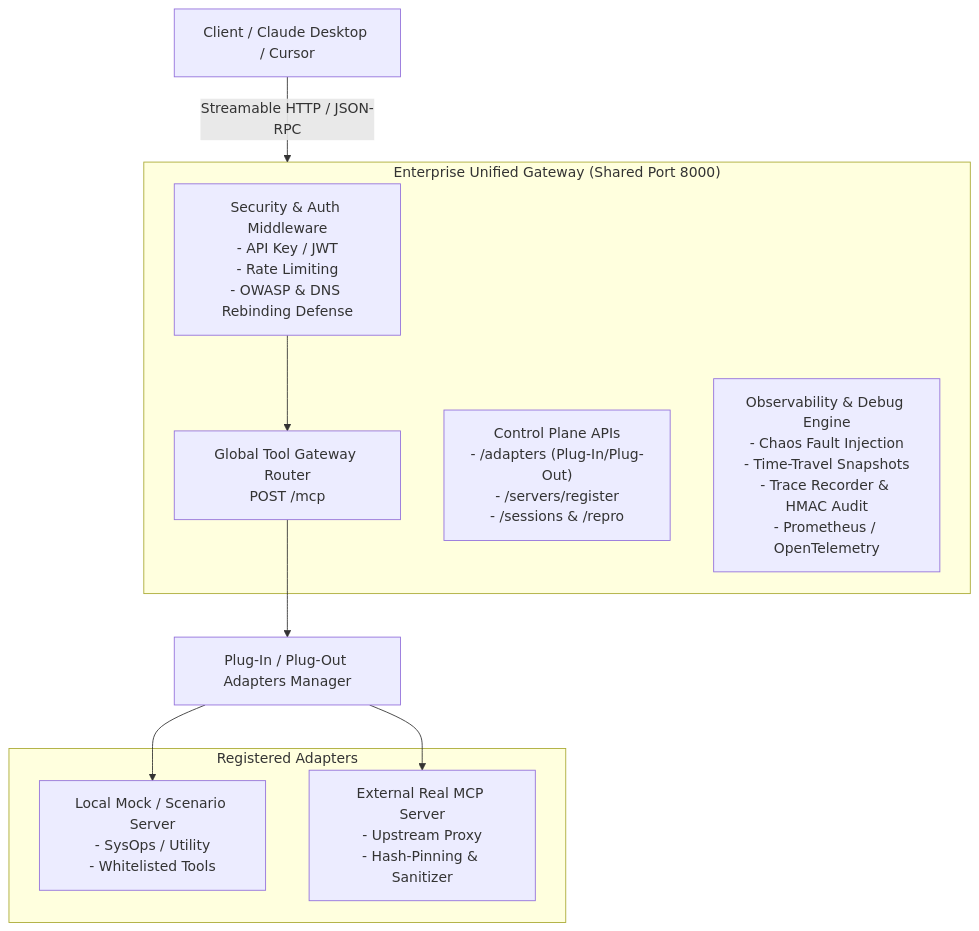
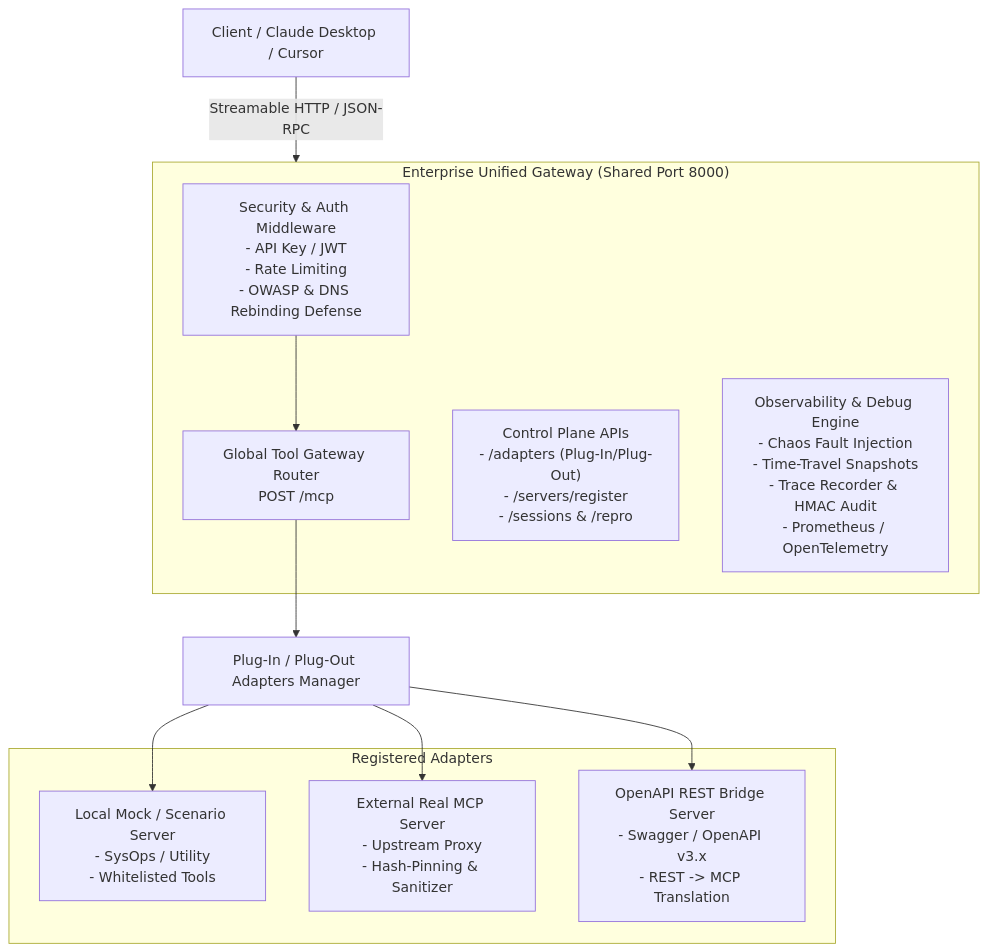
One commit to phonhay103/mcp-gateway changed the diagram in README.md. Above: the diagram before and after it, drawn with Mermaid. The commit also changed other lines of this file and 13 other files, not shown here.

First line of the commit message:
Add unit and integration tests for OpenAPI Bridge Adapter

````diff
--- a/README.md
+++ b/README.md
@@ -9,21 +9,23 @@
 ```mermaid
 graph TD
     Client[Client / Claude Desktop / Cursor] -->|Streamable HTTP / JSON-RPC| Gateway["Enterprise Unified Gateway (:8000)"]
 
     subgraph Gateway ["Enterprise Unified Gateway (Shared Port 8000)"]
         Sec["Security & Auth Middleware<br/>- API Key / JWT<br/>- Rate Limiting<br/>- OWASP & DNS Rebinding Defense"] --> Router
         Router["Global Tool Gateway Router<br/>POST /mcp"]
         CP["Control Plane APIs<br/>- /adapters (Plug-In/Plug-Out)<br/>- /servers/register<br/>- /sessions & /repro"]
         Obs["Observability & Debug Engine<br/>- Chaos Fault Injection<br/>- Time-Travel Snapshots<br/>- Trace Recorder & HMAC Audit<br/>- Prometheus / OpenTelemetry"]
     end
 
     Router --> AdaptersMgr["Plug-In / Plug-Out Adapters Manager"]
 
     subgraph Adapters ["Registered Adapters"]
         LocalMock["Local Mock / Scenario Server<br/>- SysOps / Utility<br/>- Whitelisted Tools"]
         ExtProxy["External Real MCP Server<br/>- Upstream Proxy<br/>- Hash-Pinning & Sanitizer"]
+        OpenAPIBridge["OpenAPI REST Bridge Server<br/>- Swagger / OpenAPI v3.x<br/>- REST -> MCP Translation"]
     end
 
     AdaptersMgr --> LocalMock
     AdaptersMgr --> ExtProxy
+    AdaptersMgr --> OpenAPIBridge
 ```
````
